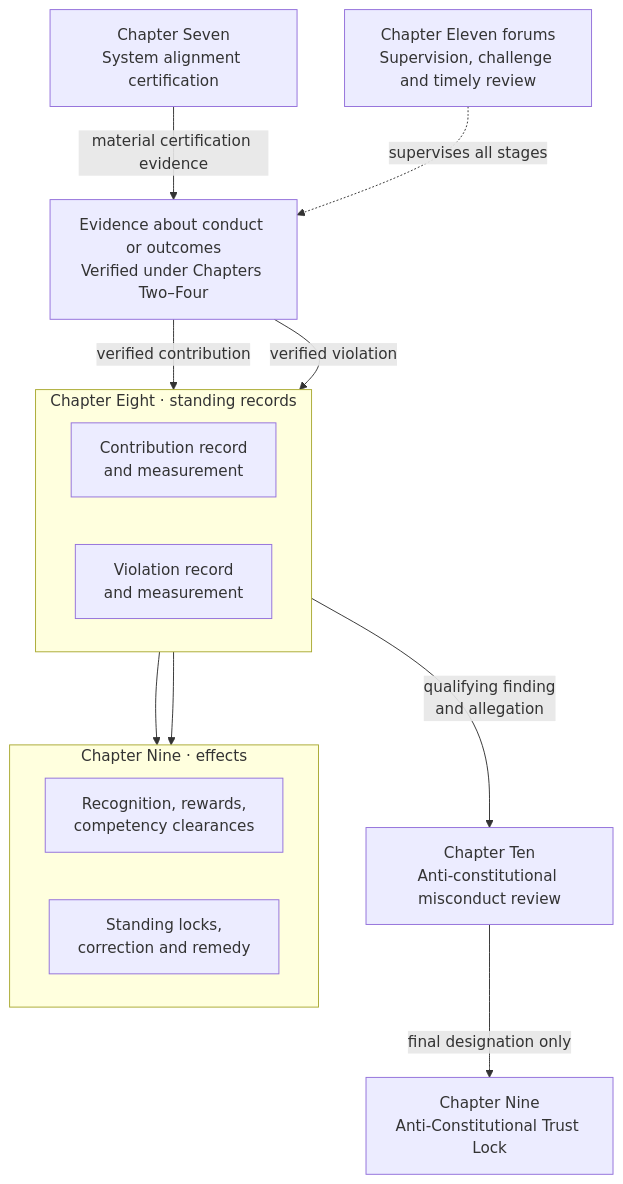
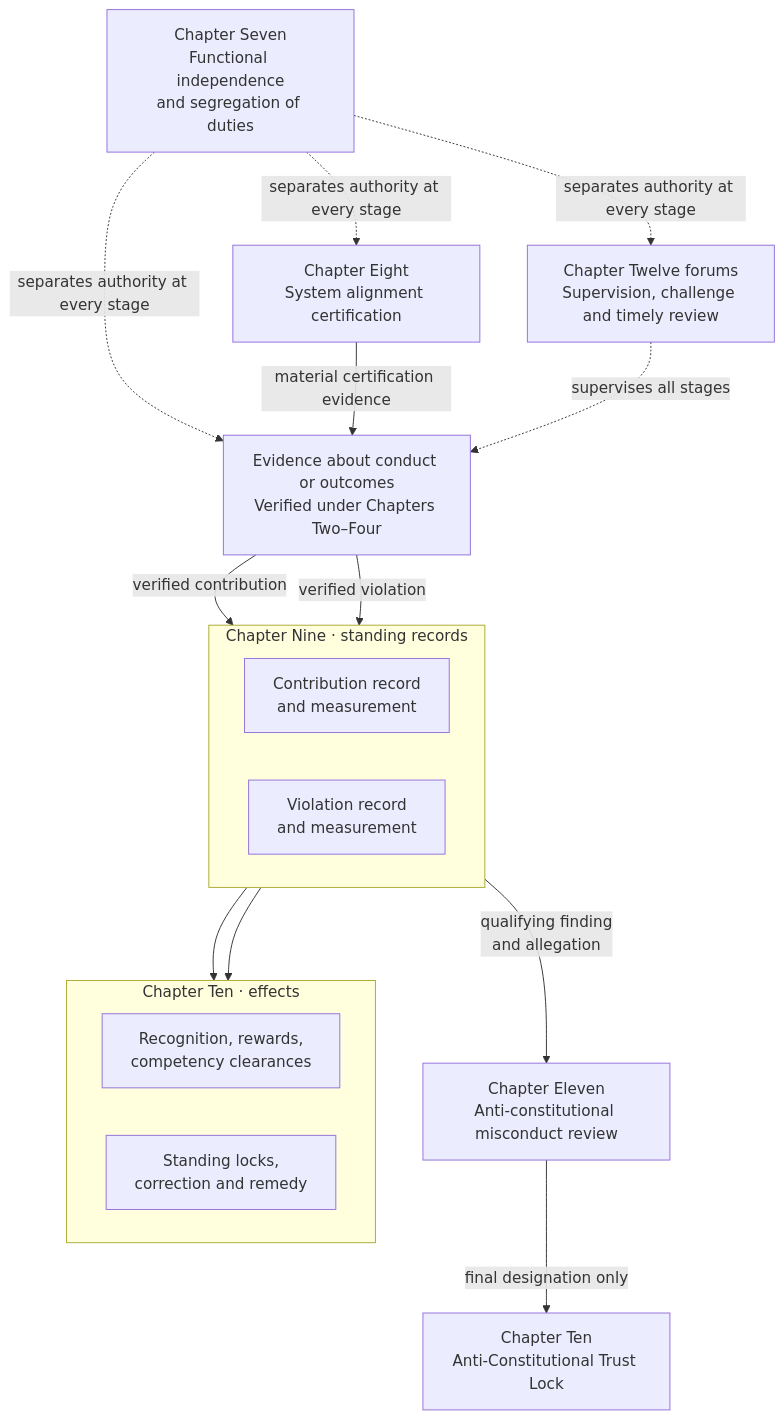
Before and after one commit to kfoelsch/Sentient_Constitution: diagram 11 of 20 in CONCEPTUAL_OVERVIEW.md, drawn with Mermaid. The commit also changed other lines of this file and 807 other files, not shown here.

First line of the commit message:
docs: establish segregation-of-duties chapter

````diff
--- a/CONCEPTUAL_OVERVIEW.md
+++ b/CONCEPTUAL_OVERVIEW.md
@@ -469,26 +469,30 @@
 ```mermaid
 flowchart TB
-    S["Chapter Seven<br/>System alignment certification"]
+    D["Chapter Seven<br/>Functional independence<br/>and segregation of duties"]
+    S["Chapter Eight<br/>System alignment certification"]
     E["Evidence about conduct or outcomes<br/>Verified under Chapters Two–Four"]
-    subgraph Q["Chapter Eight · standing records"]
+    subgraph Q["Chapter Nine · standing records"]
         direction LR
         C["Contribution record<br/>and measurement"]
         V["Violation record<br/>and measurement"]
     end
-    subgraph N["Chapter Nine · effects"]
+    subgraph N["Chapter Ten · effects"]
         direction LR
         U["Recognition, rewards,<br/>competency clearances"]
         R["Standing locks,<br/>correction and remedy"]
     end
-    M["Chapter Ten<br/>Anti-constitutional misconduct review"]
-    L["Chapter Nine<br/>Anti-Constitutional Trust Lock"]
-    F["Chapter Eleven forums<br/>Supervision, challenge and timely review"]
+    M["Chapter Eleven<br/>Anti-constitutional misconduct review"]
+    L["Chapter Ten<br/>Anti-Constitutional Trust Lock"]
+    F["Chapter Twelve forums<br/>Supervision, challenge and timely review"]
+    D -.->|separates authority at every stage| S
+    D -.->|separates authority at every stage| E
+    D -.->|separates authority at every stage| F
     C --> U
     V --> R
     M -->|final designation only| L
     V -->|qualifying finding<br/>and allegation| M
     S -->|material certification evidence| E
     E -->|verified contribution| C
     E -->|verified violation| V
     F -.->|supervises all stages| E
 ```
````
